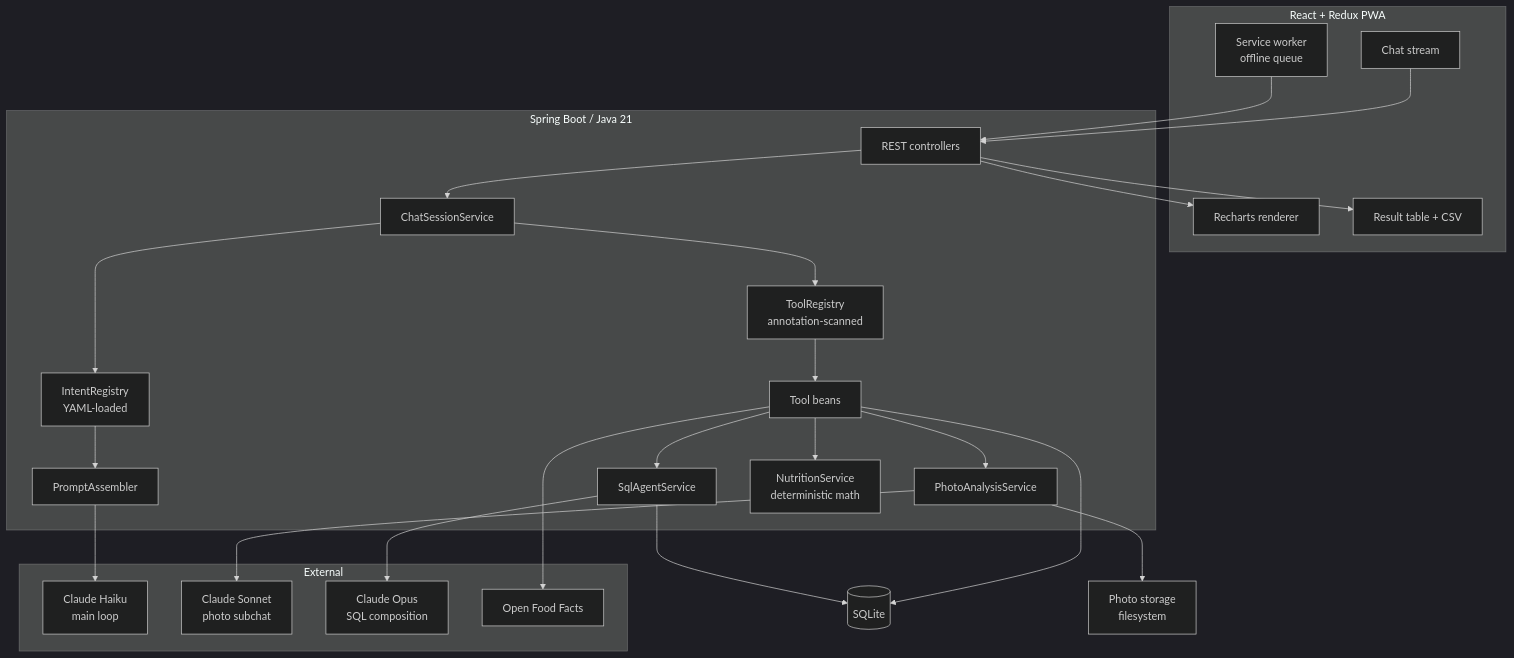
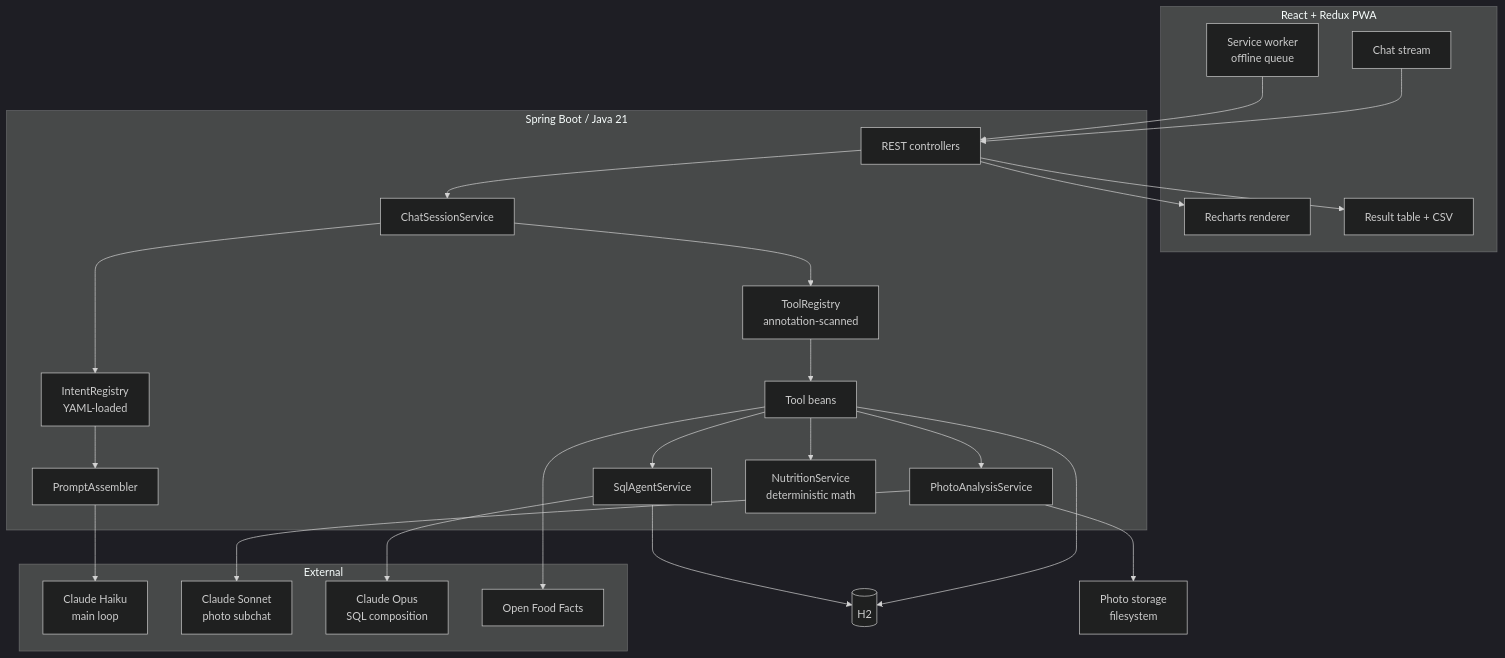
One commit to rodmxw11/chat-diet-open changed the first of 6 diagrams in SPEC.md. Above: the diagram before and after it, drawn with Mermaid (dark theme). The commit also changed other lines of this file and 18 other files, not shown here.

````diff
--- a/SPEC.md
+++ b/SPEC.md
@@ -68,51 +68,51 @@
 ```mermaid
 graph TB
     subgraph Client["React + Redux PWA"]
         Chat[Chat stream]
         SW[Service worker<br/>offline queue]
         Charts[Recharts renderer]
         Tables[Result table + CSV]
     end
 
     subgraph Backend["Spring Boot / Java 21"]
         API[REST controllers]
         CSS[ChatSessionService]
         IR[IntentRegistry<br/>YAML-loaded]
         PA[PromptAssembler]
         TR[ToolRegistry<br/>annotation-scanned]
         Tools[Tool beans]
         Photo[PhotoAnalysisService]
         SQL[SqlAgentService]
         Nutri[NutritionService<br/>deterministic math]
     end
 
     subgraph External["External"]
         Haiku[Claude Haiku<br/>main loop]
         Sonnet[Claude Sonnet<br/>photo subchat]
         Opus[Claude Opus<br/>SQL composition]
         OFF[Open Food Facts]
     end
 
-    DB[(SQLite)]
+    DB[(H2)]
     FS[Photo storage<br/>filesystem]
 
     Chat --> API
     SW --> API
     API --> CSS
     CSS --> IR
     IR --> PA
     PA --> Haiku
     CSS --> TR
     TR --> Tools
     Tools --> DB
     Tools --> Nutri
     Tools --> OFF
     Tools --> Photo
     Photo --> Sonnet
     Photo --> FS
     Tools --> SQL
     SQL --> Opus
     SQL --> DB
     API --> Charts
     API --> Tables
 ```
````
